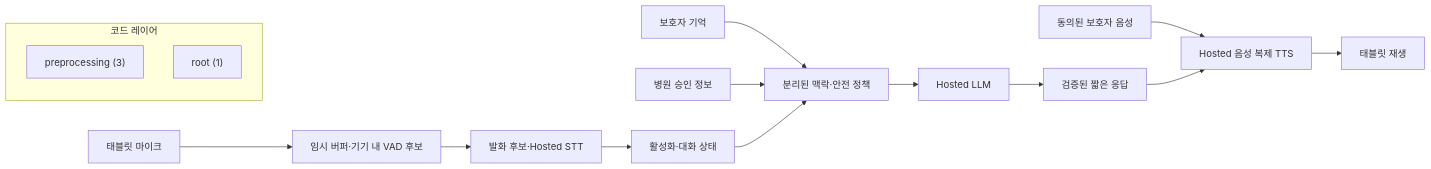
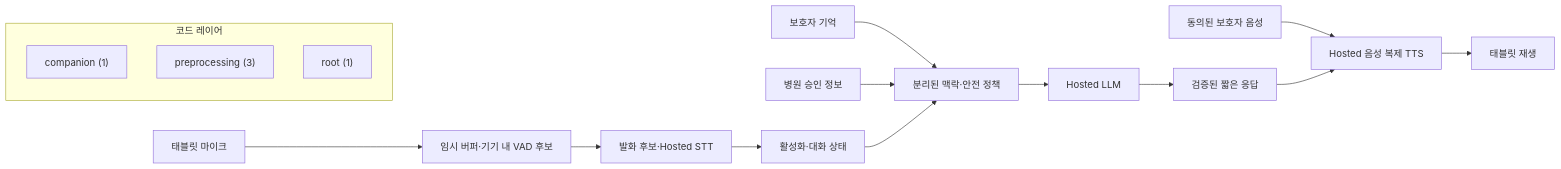
The diagram in architecture/generated/project-map.md (GracieRho/KoF5-TTS-delirium), drawn with Mermaid before and after one commit. The commit also changed other lines of this file and 4 other files, not shown here.

````diff
--- a/architecture/generated/project-map.md
+++ b/architecture/generated/project-map.md
@@ -5,19 +5,20 @@
 ```mermaid
 flowchart LR
   mic["태블릿 마이크"] --> vad["임시 버퍼·기기 내 VAD 후보"]
   vad --> stt["발화 후보·Hosted STT"]
   stt --> activation["활성화·대화 상태"]
   family["보호자 기억"] --> context["분리된 맥락·안전 정책"]
   hospital["병원 승인 정보"] --> context
   activation --> context
   context --> llm["Hosted LLM"]
   llm --> response["검증된 짧은 응답"]
   guardian["동의된 보호자 음성"] --> voice["Hosted 음성 복제 TTS"]
   response --> voice
   voice --> tablet["태블릿 재생"]
 
   subgraph code["코드 레이어"]
+    layer_companion["companion (1)"]
     layer_preprocessing["preprocessing (3)"]
     layer_root["root (1)"]
   end
 ```
````
